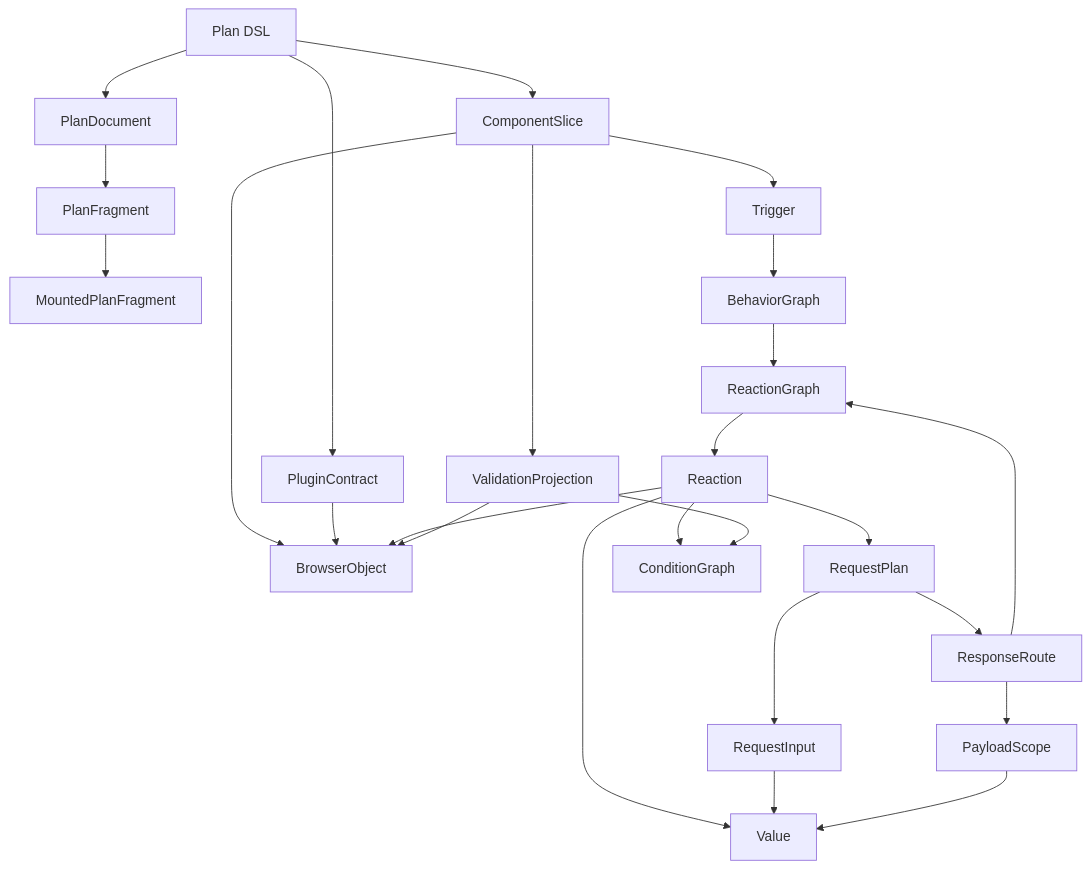
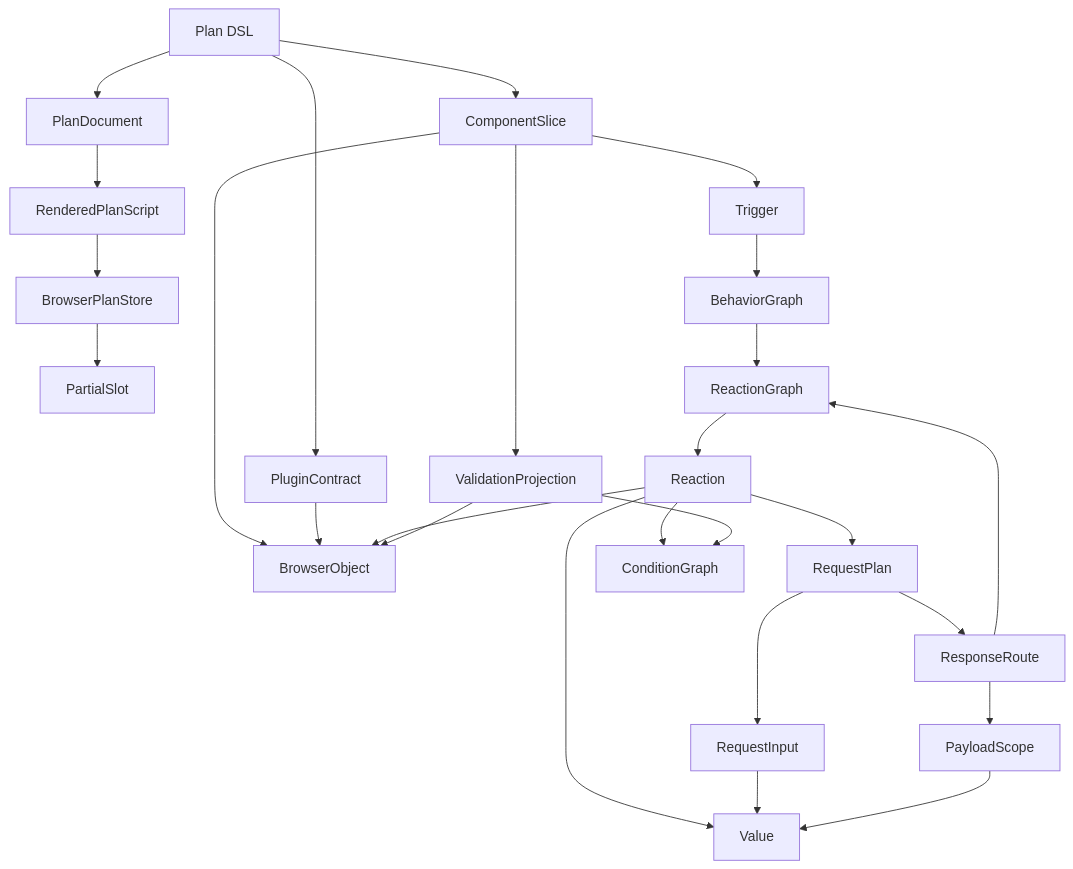
One commit to marafiq/alis-reactive changed the first of 8 diagrams in docs/design/reactive-plan-domain-design.md. Above: the diagram before and after it, drawn with Mermaid. The commit also changed other lines of this file and 6 other files, not shown here.

Commit message:
Recompose partial slot plans

````diff
--- a/docs/design/reactive-plan-domain-design.md
+++ b/docs/design/reactive-plan-domain-design.md
@@ -57,32 +57,33 @@
 ```mermaid
 flowchart TD
     PlanDsl[Plan DSL] --> PlanDocument
-    PlanDocument --> Fragment[PlanFragment]
-    Fragment --> Mount[MountedPlanFragment]
+    PlanDocument --> Script[RenderedPlanScript]
+    Script --> Store[BrowserPlanStore]
+    Store --> PartialSlot
 
     PlanDsl --> ComponentSlice
     ComponentSlice --> BrowserObject
     ComponentSlice --> Trigger
     ComponentSlice --> ValidationProjection
 
     PlanDsl --> PluginContract
     PluginContract --> BrowserObject
 
     Trigger --> BehaviorGraph
     BehaviorGraph --> ReactionGraph
     ReactionGraph --> Reaction
     Reaction --> Value
     Reaction --> RequestPlan
     Reaction --> ConditionGraph
     Reaction --> BrowserObject
 
     RequestPlan --> RequestInput
     RequestInput --> Value
     RequestPlan --> ResponseRoute
     ResponseRoute --> ReactionGraph
     ResponseRoute --> PayloadScope
     PayloadScope --> Value
 
     ValidationProjection --> ConditionGraph
     ValidationProjection --> BrowserObject
 ```
````
